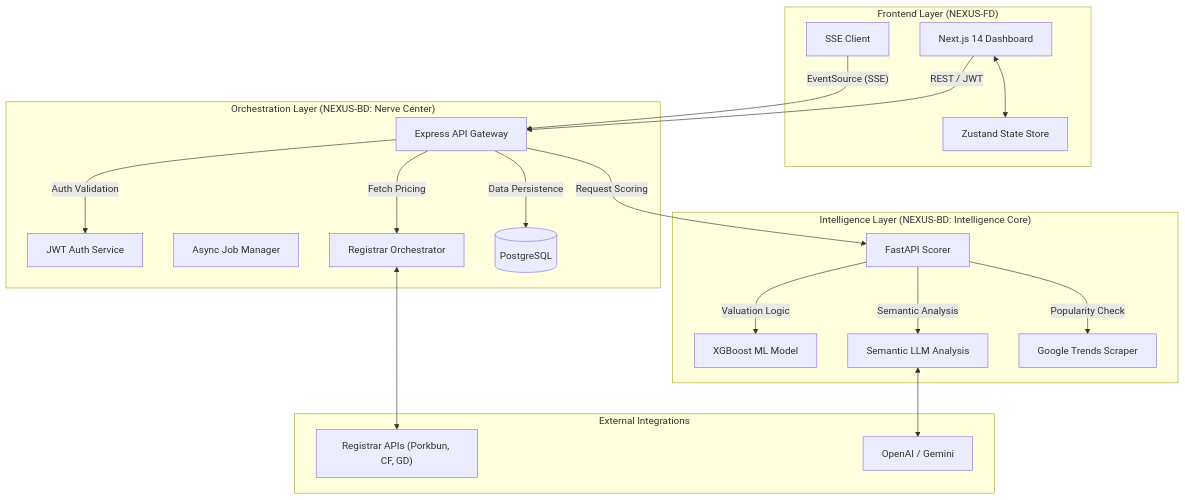
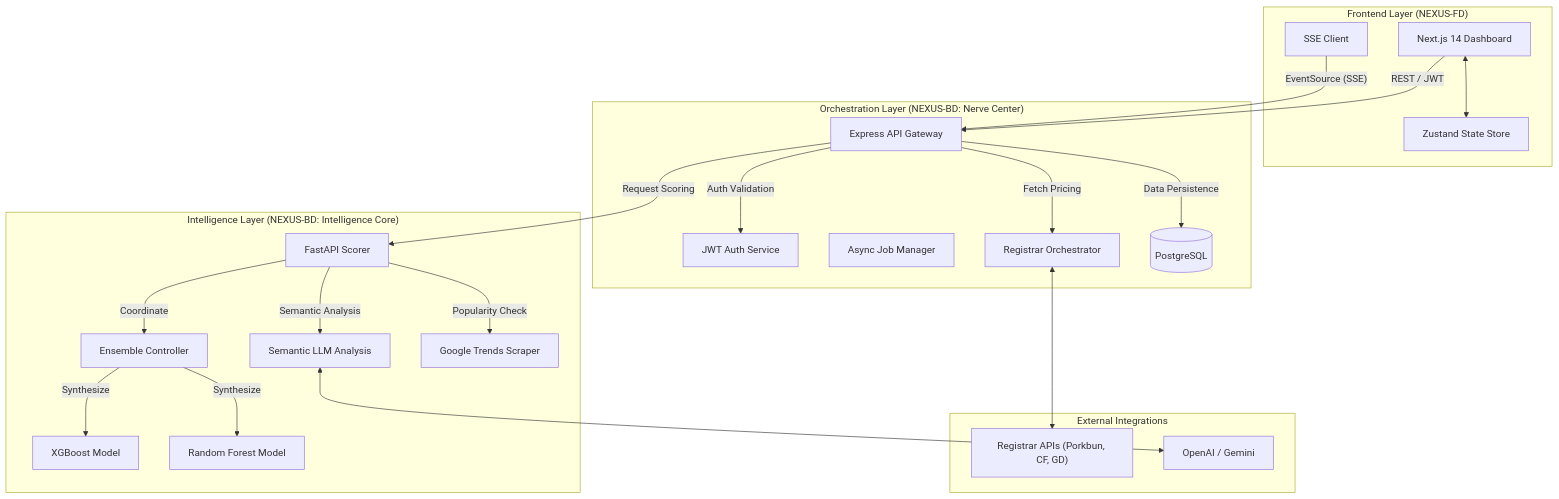
One commit to electron000/NEXUS changed the first of 5 diagrams in DOCUMENTATION.md. Above: the diagram before and after it, drawn with Mermaid. The commit also changed other lines of this file and 8 other files, not shown here.

````diff
--- a/DOCUMENTATION.md
+++ b/DOCUMENTATION.md
@@ -11,44 +11,47 @@
 ```mermaid
 graph TD
     subgraph "Frontend Layer (NEXUS-FD)"
         UI["Next.js 14 Dashboard"]
         State["Zustand State Store"]
         SSE_Listener["SSE Client"]
     end
 
     subgraph "Orchestration Layer (NEXUS-BD: Nerve Center)"
         API_GW["Express API Gateway"]
         Auth["JWT Auth Service"]
         Job_Manager["Async Job Manager"]
         Registrar_Proxy["Registrar Orchestrator"]
         DB[(PostgreSQL)]
     end
 
     subgraph "Intelligence Layer (NEXUS-BD: Intelligence Core)"
         FastAPI["FastAPI Scorer"]
-        XGBoost["XGBoost ML Model"]
+        Ensemble["Ensemble Controller"]
+        XGBoost["XGBoost Model"]
+        RF["Random Forest Model"]
         LLM["Semantic LLM Analysis"]
         Trend_Scraper["Google Trends Scraper"]
     end
 
     subgraph "External Integrations"
         Registrars["Registrar APIs (Porkbun, CF, GD)"]
         OpenAI["OpenAI / Gemini"]
     end
 
     %% Connections
     UI <--> State
     UI -- "REST / JWT" --> API_GW
     SSE_Listener -- "EventSource (SSE)" --> API_GW
     
     API_GW -- "Auth Validation" --> Auth
     API_GW -- "Data Persistence" --> DB
     API_GW -- "Fetch Pricing" --> Registrar_Proxy
     Registrar_Proxy <--> Registrars
     
     API_GW -- "Request Scoring" --> FastAPI
-    FastAPI -- "Valuation Logic" --> XGBoost
+    FastAPI -- "Coordinate" --> Ensemble
+    Ensemble -- "Synthesize" --> XGBoost & RF
     FastAPI -- "Semantic Analysis" --> LLM
     LLM <--> OpenAI
     FastAPI -- "Popularity Check" --> Trend_Scraper
 ```
````
